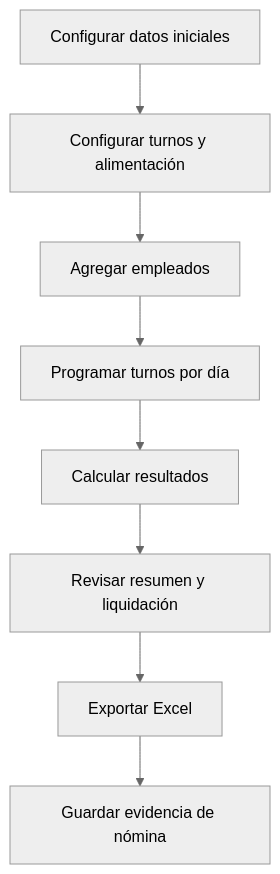
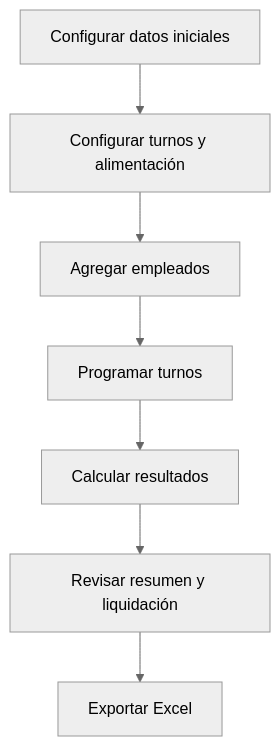
Before and after one commit to Alejostone1/Turnos_Claret: the diagram in README.md, drawn with Mermaid (neutral theme). The commit also changed other lines of this file and 4 other files, not shown here.

````diff
--- a/README.md
+++ b/README.md
@@ -129,10 +160,9 @@
 ```mermaid
 flowchart TD
-    A[Configurar datos iniciales] --> B[Configurar turnos y alimentación]
-    B --> C[Agregar empleados]
-    C --> D[Programar turnos por día]
-    D --> E[Calcular resultados]
-    E --> F[Revisar resumen y liquidación]
-    F --> G[Exportar Excel]
-    G --> H[Guardar evidencia de nómina]
+  A[Configurar datos iniciales] --> B[Configurar turnos y alimentación]
+  B --> C[Agregar empleados]
+  C --> D[Programar turnos]
+  D --> E[Calcular resultados]
+  E --> F[Revisar resumen y liquidación]
+  F --> G[Exportar Excel]
 ```
````
